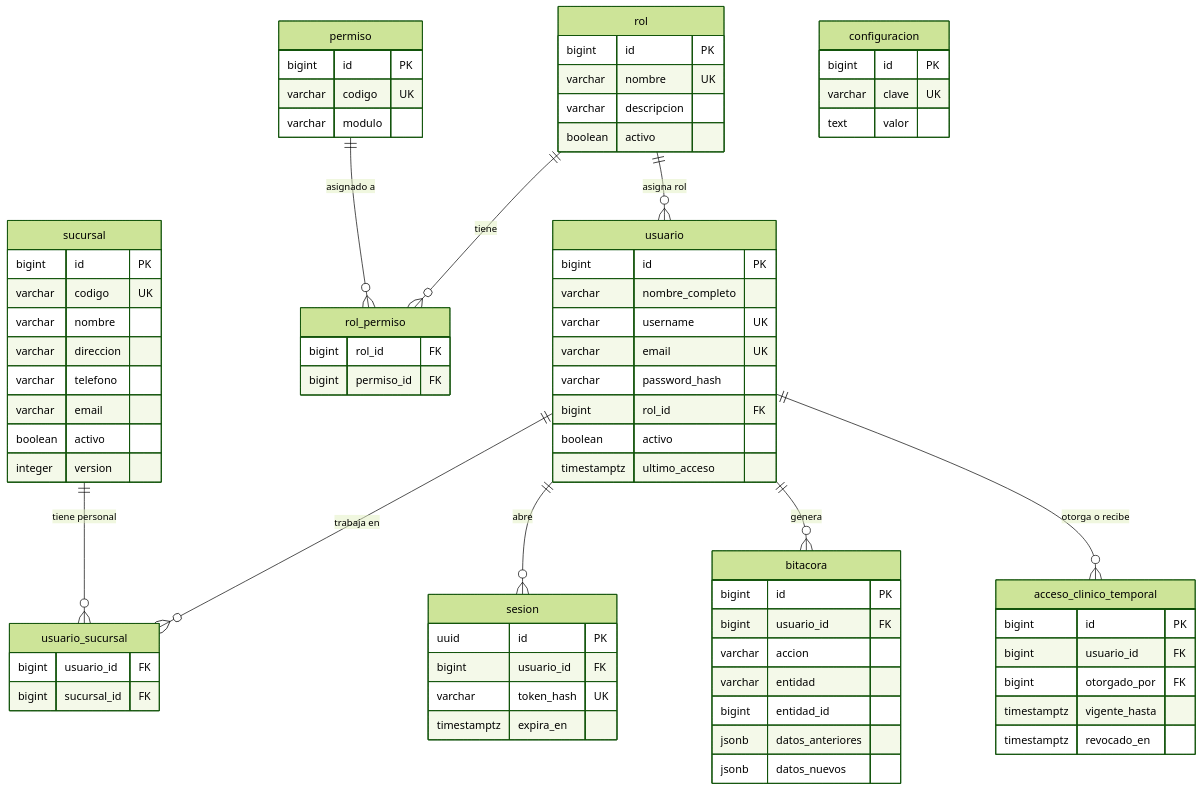
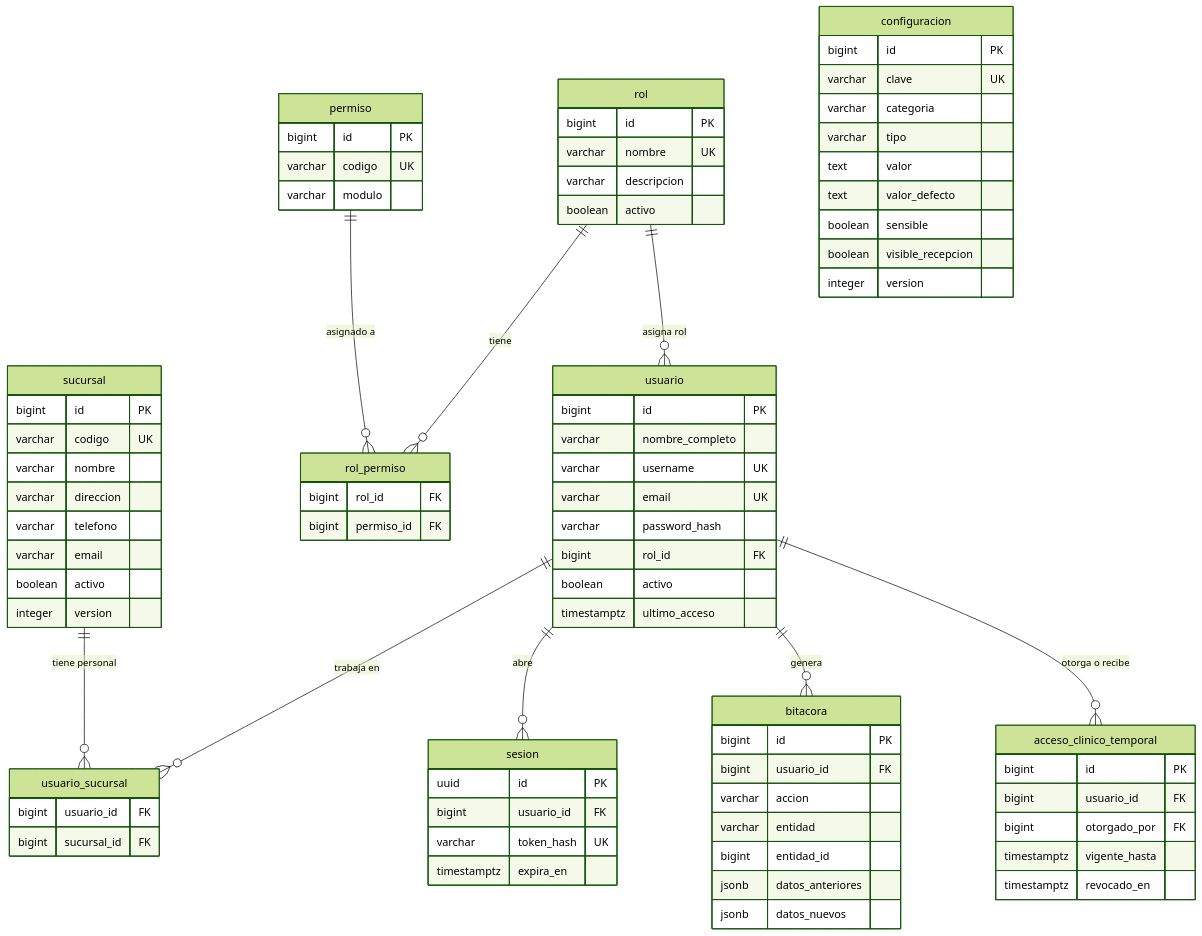
Before and after one commit to Grillo26/SistemaTalitaCumi: the first of 10 diagrams in backend/database/database.md, drawn with Mermaid (forest theme). The commit also changed other lines of this file and 217 other files, not shown here.

```diff
--- a/backend/database/database.md
+++ b/backend/database/database.md
@@ -108,7 +108,13 @@
     configuracion {
         bigint id PK
         varchar clave UK
+        varchar categoria
+        varchar tipo
         text valor
+        text valor_defecto
+        boolean sensible
+        boolean visible_recepcion
+        integer version
     }
 
     rol ||--o{ rol_permiso : "tiene"
```
